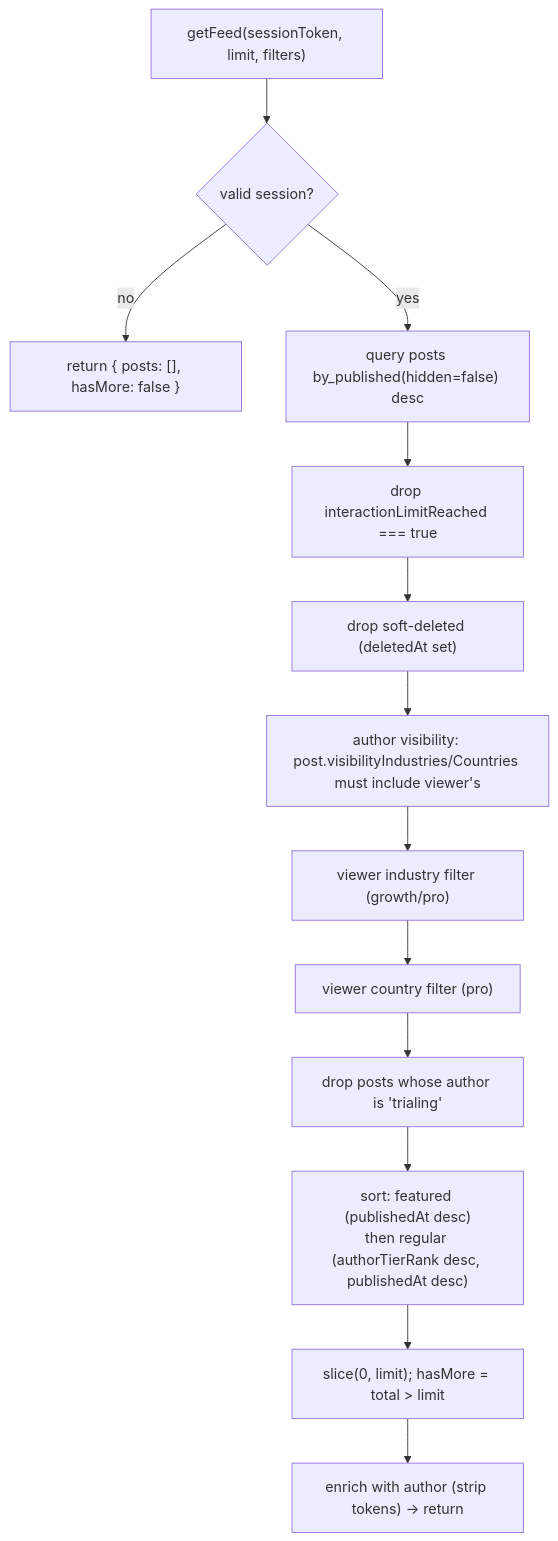
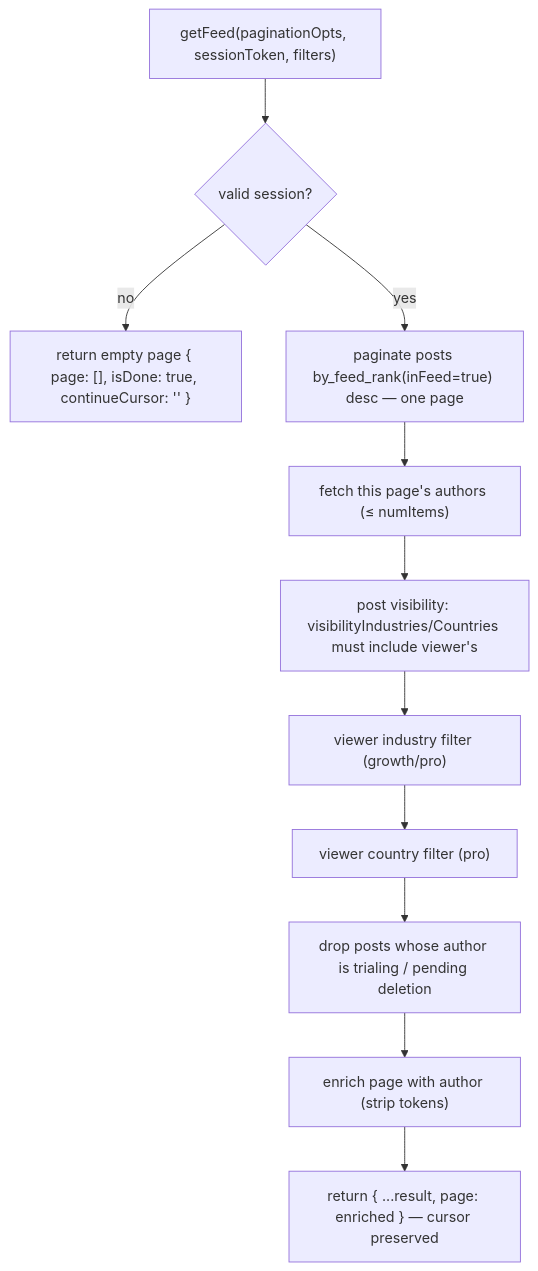
One commit to henriko202/glowing-octo-guide changed the tenth of 16 diagrams in docs/PLATFORM.md. Above: the diagram before and after it, drawn with Mermaid. The commit also changed other lines of this file and 16 other files, not shown here.

First line of the commit message:
feat: implement feedRank computation and cursor-based feed pagination

````diff
--- a/docs/PLATFORM.md
+++ b/docs/PLATFORM.md
@@ -948,15 +964,13 @@
 ```mermaid
 flowchart TD
-  G["getFeed(sessionToken, limit, filters)"] --> AU{"valid session?"}
-  AU -->|no| EMPTY["return { posts: [], hasMore: false }"]
-  AU -->|yes| BASE["query posts by_published(hidden=false) desc"]
-  BASE --> F1["drop interactionLimitReached === true"]
-  F1 --> FD["drop soft-deleted (deletedAt set)"]
-  FD --> F2["author visibility: post.visibilityIndustries/Countries must include viewer's"]
+  G["getFeed(paginationOpts, sessionToken, filters)"] --> AU{"valid session?"}
+  AU -->|no| EMPTY["return empty page { page: [], isDone: true, continueCursor: '' }"]
+  AU -->|yes| BASE["paginate posts by_feed_rank(inFeed=true) desc — one page"]
+  BASE --> AUTHF["fetch this page's authors (≤ numItems)"]
+  AUTHF --> F2["post visibility: visibilityIndustries/Countries must include viewer's"]
   F2 --> F3["viewer industry filter (growth/pro)"]
   F3 --> F4["viewer country filter (pro)"]
-  F4 --> F5["drop posts whose author is 'trialing'"]
-  F5 --> SORT["sort: featured (publishedAt desc)<br/>then regular (authorTierRank desc, publishedAt desc)"]
-  SORT --> PAGE["slice(0, limit); hasMore = total > limit"]
-  PAGE --> ENR["enrich with author (strip tokens) → return"]
+  F4 --> F5["drop posts whose author is trialing / pending deletion"]
+  F5 --> ENR["enrich page with author (strip tokens)"]
+  ENR --> RET["return { ...result, page: enriched } — cursor preserved"]
 ```
````
